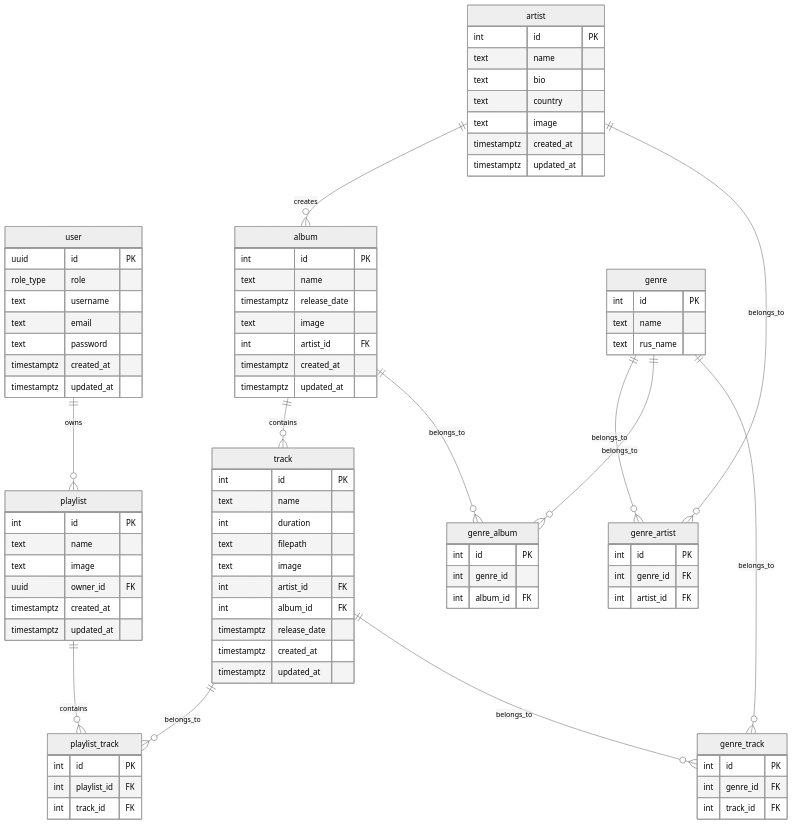
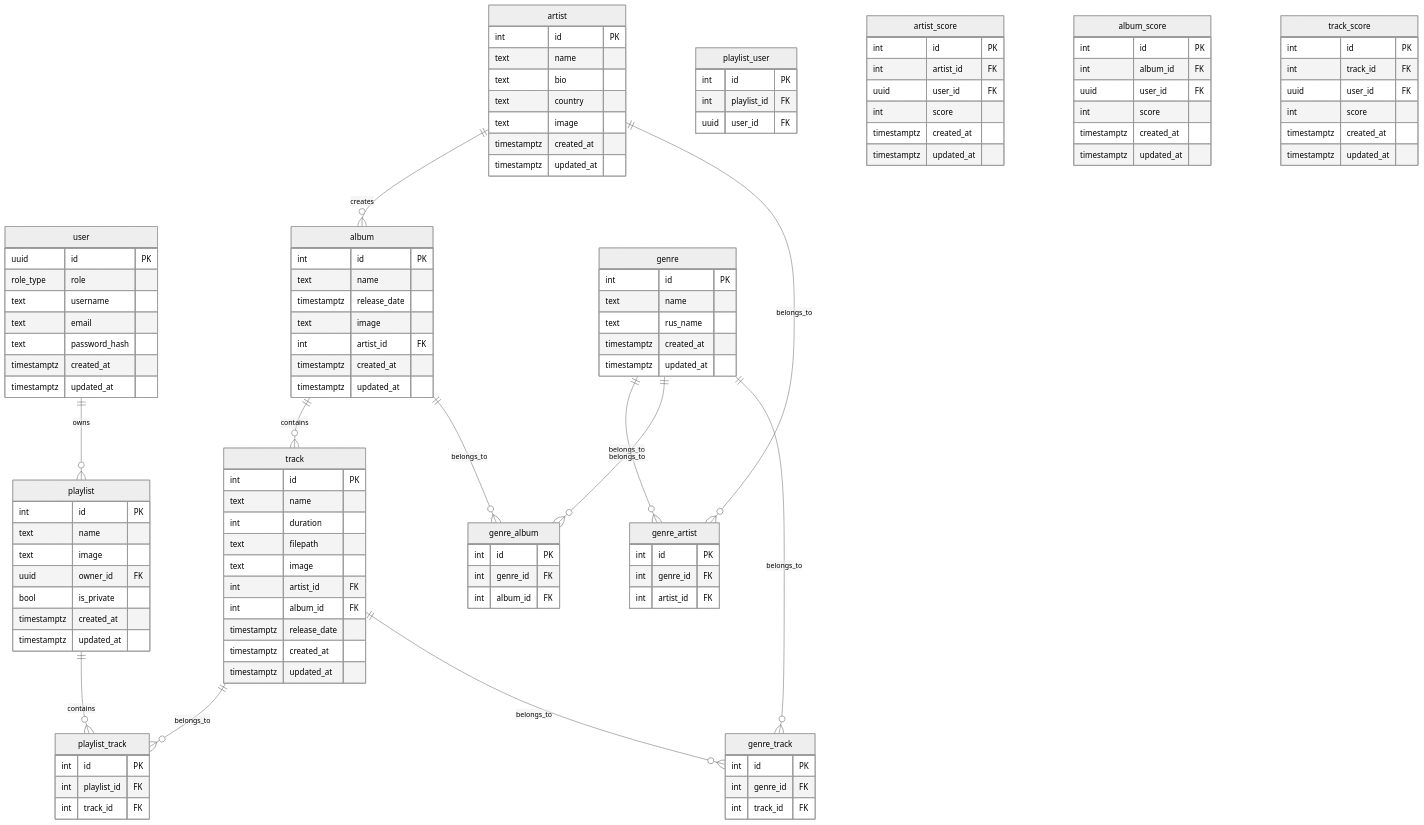
One commit to go-park-mail-ru/2024_2_NovaCode changed the diagram in internal/db/postgres/normalized/erd.md. Above: the diagram before and after it, drawn with Mermaid (neutral theme). The commit also changed 18 other files, not shown here.

````diff
--- a/internal/db/postgres/normalized/erd.md
+++ b/internal/db/postgres/normalized/erd.md
@@ -1,12 +1,12 @@
 ```mermaid
 erDiagram
-    user||--o{ playlist : owns
+    user ||--o{ playlist : owns
     user {
         uuid id PK
         role_type role
         text username
         text email
-        text password
+        text password_hash
         timestamptz created_at
         timestamptz updated_at
     }
@@ -30,6 +30,8 @@
         int id PK
         text name
         text rus_name
+        timestamptz created_at
+        timestamptz updated_at
     }
 
     album ||--o{ track : contains
@@ -50,6 +52,7 @@
         text name
         text image
         uuid owner_id FK
+        bool is_private
         timestamptz created_at
         timestamptz updated_at
     }
@@ -83,7 +86,7 @@
 
     genre_album {
         int id PK
-        int genre_id
+        int genre_id FK
         int album_id FK
     }
 
@@ -92,4 +95,37 @@
         int genre_id FK 
         int track_id FK 
     }
+
+    playlist_user {
+        int id PK
+        int playlist_id FK
+        uuid user_id FK
+    }
+
+    artist_score {
+        int id PK
+        int artist_id FK
+        uuid user_id FK
+        int score
+        timestamptz created_at
+        timestamptz updated_at
+    }
+
+    album_score {
+        int id PK
+        int album_id FK
+        uuid user_id FK
+        int score
+        timestamptz created_at
+        timestamptz updated_at
+    }
+
+    track_score {
+        int id PK
+        int track_id FK
+        uuid user_id FK
+        int score
+        timestamptz created_at
+        timestamptz updated_at
+    }
 ```
````
